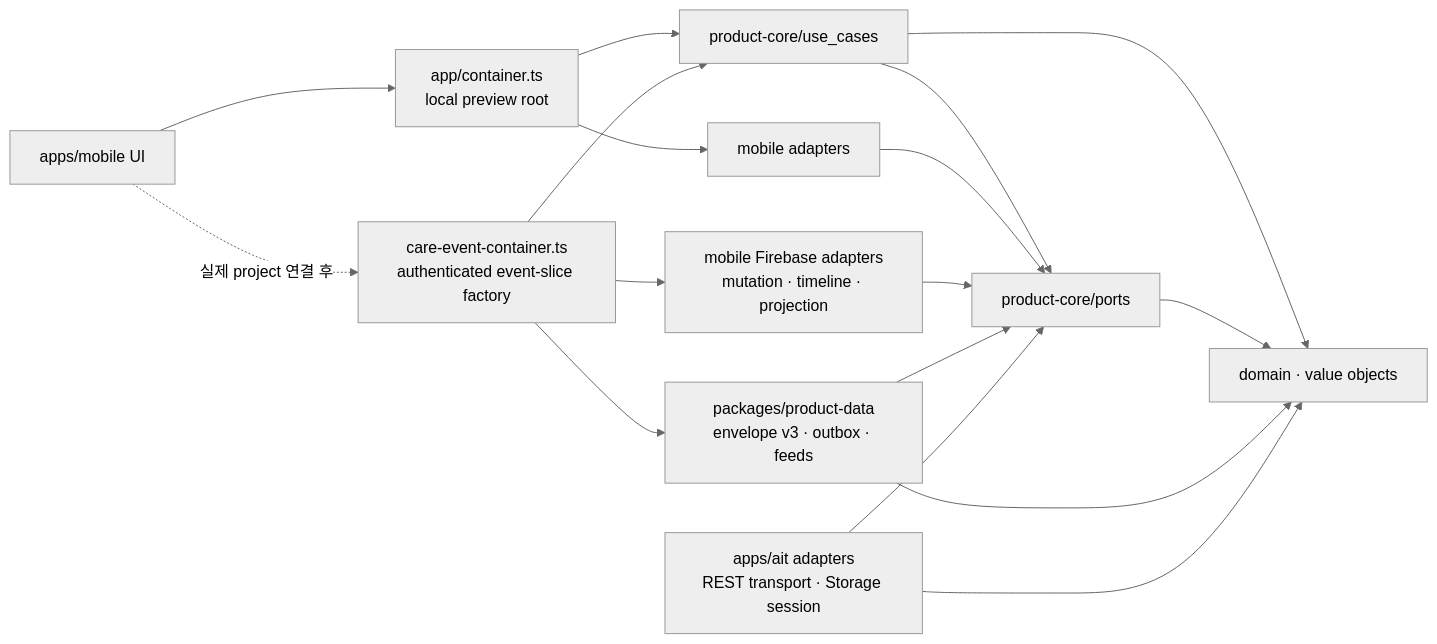
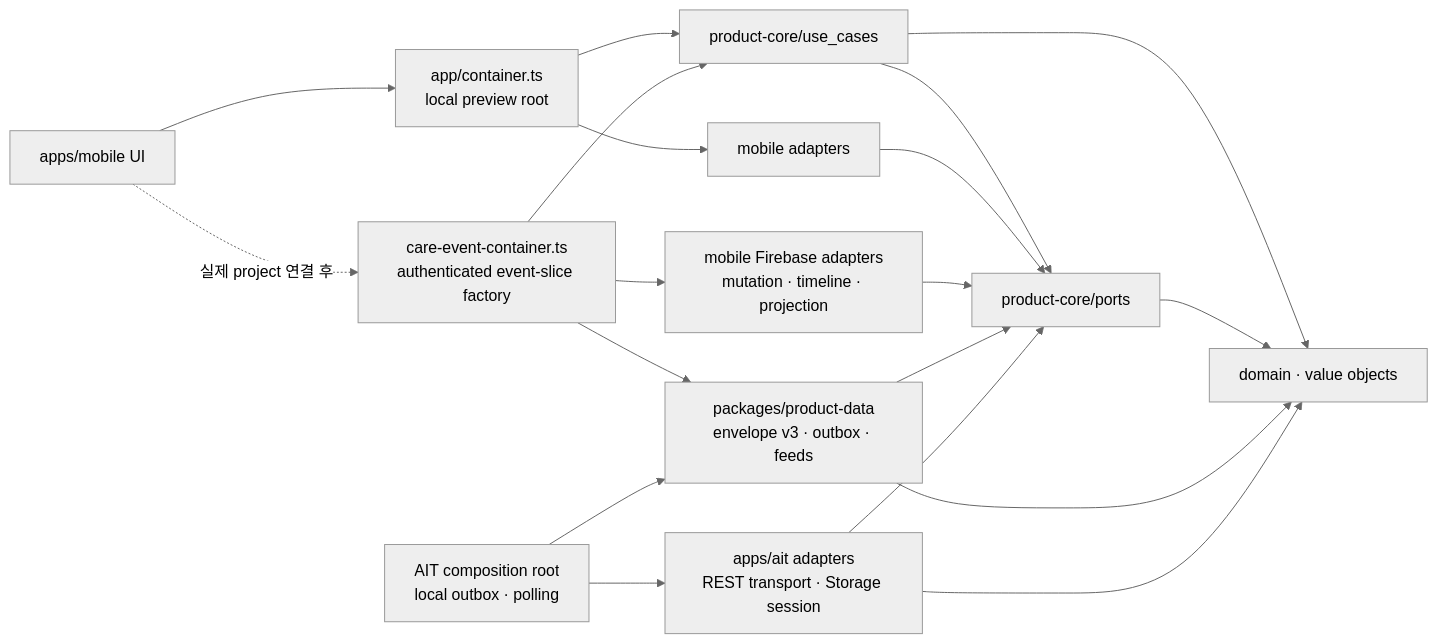
The diagram in docs/03-architecture/clean-architecture.md (seorilabs/babycare), drawn with Mermaid (neutral theme) before and after one commit. The commit also changed other lines of this file and 31 other files, not shown here.

````diff
--- a/docs/03-architecture/clean-architecture.md
+++ b/docs/03-architecture/clean-architecture.md
@@ -7,19 +7,21 @@
 ```mermaid
 flowchart LR
   UI["apps/mobile UI"] --> Root["app/container.ts<br/>local preview root"]
   UI -.실제 project 연결 후.-> CloudRoot["care-event-container.ts<br/>authenticated event-slice factory"]
   Root --> UseCases["product-core/use_cases"]
   Root --> MobileAdapters["mobile adapters"]
   CloudRoot --> UseCases
   UseCases --> Ports["product-core/ports"]
   UseCases --> Domain["domain · value objects"]
   Ports --> Domain
   MobileAdapters --> Ports
   FirebaseAdapters["mobile Firebase adapters<br/>mutation · timeline · projection"] --> Ports
   ProductData["packages/product-data<br/>envelope v3 · outbox · feeds"] --> Ports
   ProductData --> Domain
   CloudRoot --> ProductData
   CloudRoot --> FirebaseAdapters
   AITAdapters["apps/ait adapters<br/>REST transport · Storage session"] --> Ports
+  AITRoot["AIT composition root<br/>local outbox · polling"] --> ProductData
+  AITRoot --> AITAdapters
   AITAdapters --> Domain
 ```
````
